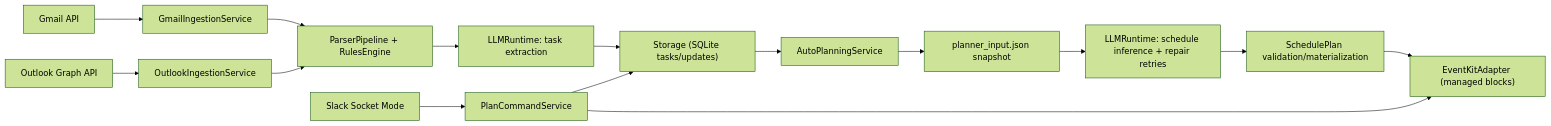
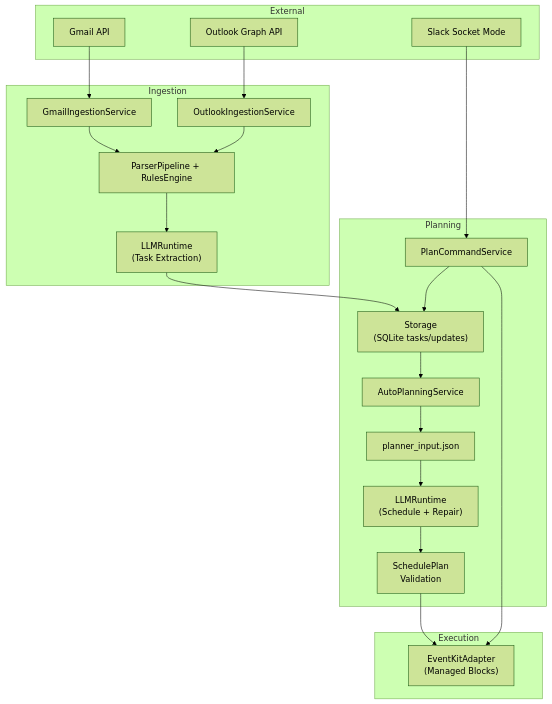
Before and after one commit to DevDesai444/SenseAssist: the diagram in README.md, drawn with Mermaid (forest theme).

Commit message:
Update README flowchart layout

````diff
--- a/README.md
+++ b/README.md
@@ -49,17 +49,43 @@
 ```mermaid
-flowchart LR
-    A["Gmail API"] --> B["GmailIngestionService"]
-    C["Outlook Graph API"] --> D["OutlookIngestionService"]
-    B --> E["ParserPipeline + RulesEngine"]
+flowchart TB
+    subgraph External
+        A["Gmail API"]
+        C["Outlook Graph API"]
+        M["Slack Socket Mode"]
+    end
+
+    subgraph Ingestion
+        B["GmailIngestionService"]
+        D["OutlookIngestionService"]
+        E["ParserPipeline + RulesEngine"]
+        F["LLMRuntime<br/>(Task Extraction)"]
+    end
+
+    subgraph Planning
+        G["Storage<br/>(SQLite tasks/updates)"]
+        H["AutoPlanningService"]
+        I["planner_input.json"]
+        J["LLMRuntime<br/>(Schedule + Repair)"]
+        K["SchedulePlan<br/>Validation"]
+        N["PlanCommandService"]
+    end
+
+    subgraph Execution
+        L["EventKitAdapter<br/>(Managed Blocks)"]
+    end
+
+    A --> B
+    C --> D
+    B --> E
     D --> E
-    E --> F["LLMRuntime: task extraction"]
-    F --> G["Storage (SQLite tasks/updates)"]
-    G --> H["AutoPlanningService"]
-    H --> I["planner_input.json snapshot"]
-    I --> J["LLMRuntime: schedule inference + repair retries"]
-    J --> K["SchedulePlan validation/materialization"]
-    K --> L["EventKitAdapter (managed blocks)"]
-    M["Slack Socket Mode"] --> N["PlanCommandService"]
+    E --> F
+    F --> G
+    G --> H
+    H --> I
+    I --> J
+    J --> K
+    K --> L
+    M --> N
     N --> L
     N --> G
 ```
````
